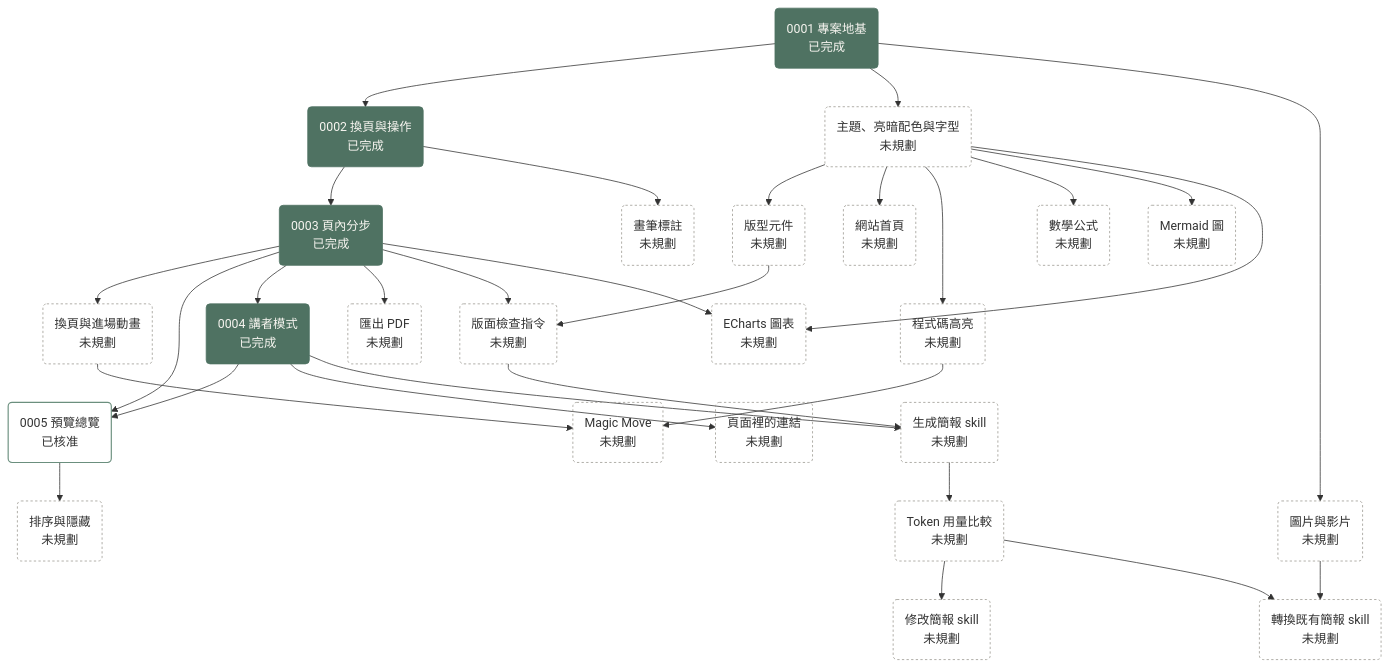
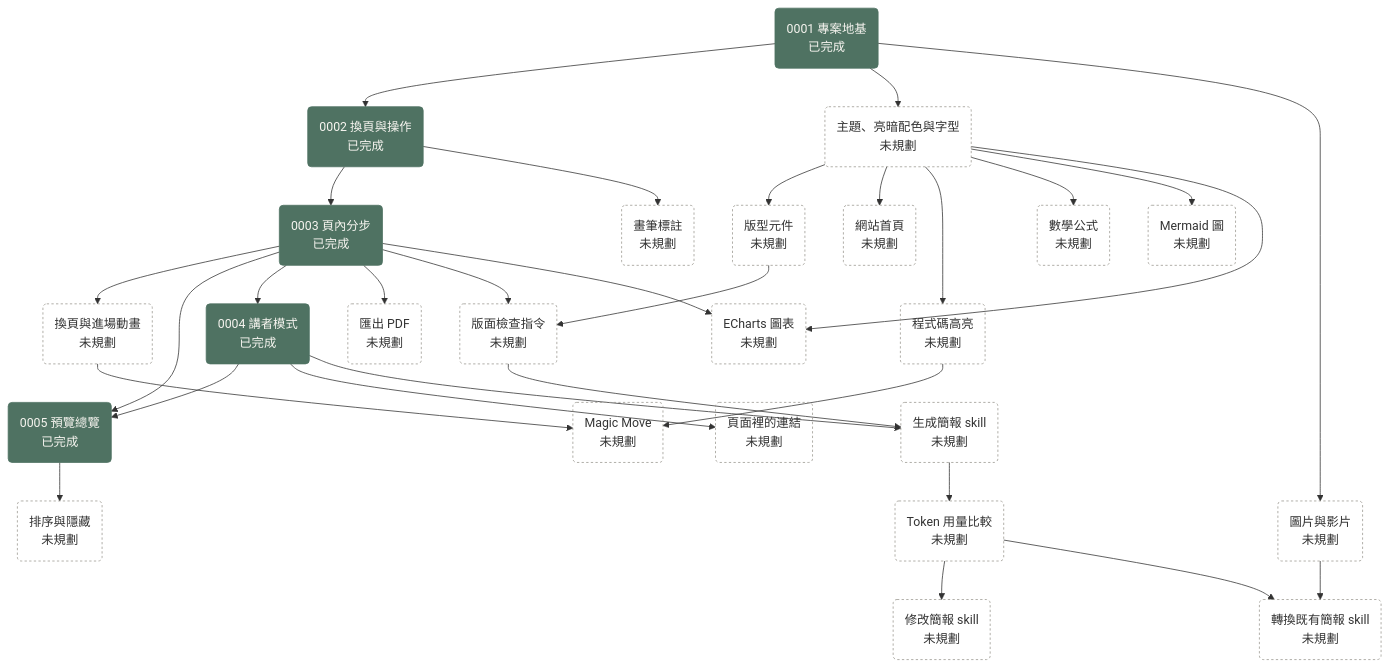
Before and after one commit to bingyangchen/diapo: the diagram in docs/plans/roadmap.md, drawn with Mermaid. The commit also changed other lines of this file and 103 other files, not shown here.

````diff
--- a/docs/plans/roadmap.md
+++ b/docs/plans/roadmap.md
@@ -7,48 +7,48 @@
 ```mermaid
 flowchart TD
   P0001("0001 專案地基<br/>已完成"):::done
   P0002("0002 換頁與操作<br/>已完成"):::done
   P0003("0003 頁內分步<br/>已完成"):::done
   transitions("換頁與進場動畫<br/>未規劃"):::unplanned
   magic_move("Magic Move<br/>未規劃"):::unplanned
-  P0005("0005 預覽總覽<br/>已核准"):::approved
+  P0005("0005 預覽總覽<br/>已完成"):::done
   reorder("排序與隱藏<br/>未規劃"):::unplanned
   annotation("畫筆標註<br/>未規劃"):::unplanned
   page_links("頁面裡的連結<br/>未規劃"):::unplanned
   P0004("0004 講者模式<br/>已完成"):::done
   theme("主題、亮暗配色與字型<br/>未規劃"):::unplanned
   layouts("版型元件<br/>未規劃"):::unplanned
   media("圖片與影片<br/>未規劃"):::unplanned
   code_highlight("程式碼高亮<br/>未規劃"):::unplanned
   math("數學公式<br/>未規劃"):::unplanned
   mermaid_diagram("Mermaid 圖<br/>未規劃"):::unplanned
   charts("ECharts 圖表<br/>未規劃"):::unplanned
   pdf_export("匯出 PDF<br/>未規劃"):::unplanned
   site_home("網站首頁<br/>未規劃"):::unplanned
   layout_check("版面檢查指令<br/>未規劃"):::unplanned
   skill_generate("生成簡報 skill<br/>未規劃"):::unplanned
   token_benchmark("Token 用量比較<br/>未規劃"):::unplanned
   skill_modify("修改簡報 skill<br/>未規劃"):::unplanned
   skill_convert("轉換既有簡報 skill<br/>未規劃"):::unplanned
   P0001 --> P0002 --> P0003 --> transitions --> magic_move
   P0003 --> P0005 --> reorder
   P0004 --> P0005
   P0002 --> annotation
   P0004 --> page_links
   P0003 --> P0004 --> skill_generate
   P0003 --> pdf_export
   P0003 --> layout_check
   P0001 --> theme --> layouts --> layout_check --> skill_generate
   skill_generate --> token_benchmark --> skill_modify
   token_benchmark --> skill_convert
   P0001 --> media --> skill_convert
   theme --> site_home
   theme --> code_highlight --> magic_move
   theme --> math
   theme --> mermaid_diagram
   theme --> charts
   P0003 --> charts
   classDef done fill:#4f7262,stroke:#4f7262,color:#f7f5f0
   classDef approved fill:none,stroke:#6b8f7e,stroke-width:1.5px
   classDef unplanned fill:none,stroke:#9a978f,stroke-dasharray:3 3
 ```
````
